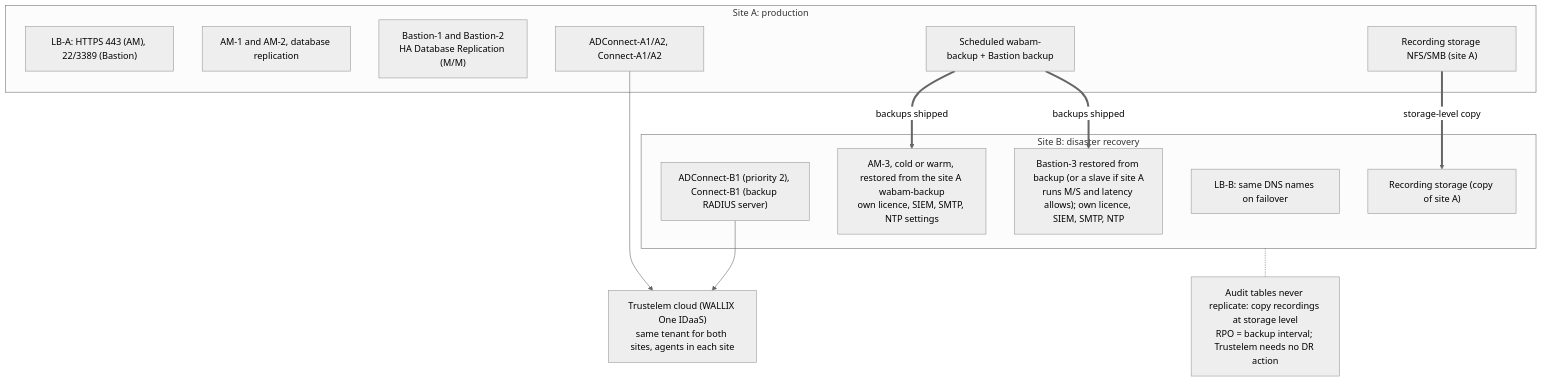
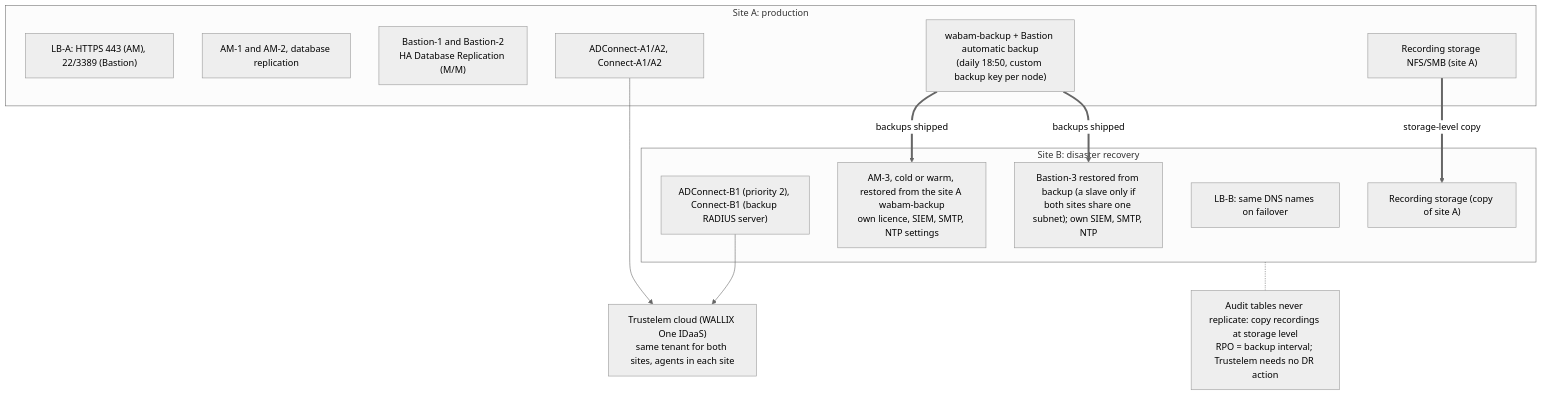
Before and after one commit to morandeirachema/Trustelem-: the diagram in tools/diagrams/07-dr-topology.mmd, drawn with Mermaid (neutral theme). The commit also changed 22 other files, not shown here.

Commit message:
Review against Bastion 12.4.3 and Access Manager 6.0.5 customer guides: runbooks rewritten, SIEM reference, gaps closed

```diff
--- a/tools/diagrams/07-dr-topology.mmd
+++ b/tools/diagrams/07-dr-topology.mmd
@@ -1,24 +1,24 @@
 flowchart TB
     CLOUD["Trustelem cloud (WALLIX One IDaaS)<br/>same tenant for both sites, agents in each site"]
     subgraph A["Site A: production"]
         LBA["LB-A: HTTPS 443 (AM), 22/3389 (Bastion)"]
         AMA["AM-1 and AM-2, database replication"]
         BA["Bastion-1 and Bastion-2<br/>HA Database Replication (M/M)"]
         AGA["ADConnect-A1/A2, Connect-A1/A2"]
         STA["Recording storage NFS/SMB (site A)"]
-        BKA["Scheduled wabam-backup + Bastion backup"]
+        BKA["wabam-backup + Bastion automatic backup<br/>(daily 18:50, custom backup key per node)"]
     end
     subgraph B["Site B: disaster recovery"]
         LBB["LB-B: same DNS names on failover"]
         AMB["AM-3, cold or warm, restored from the site A wabam-backup<br/>own licence, SIEM, SMTP, NTP settings"]
-        BB["Bastion-3 restored from backup (or a slave if site A<br/>runs M/S and latency allows); own licence, SIEM, SMTP, NTP"]
+        BB["Bastion-3 restored from backup (a slave only if<br/>both sites share one subnet); own SIEM, SMTP, NTP"]
         AGB["ADConnect-B1 (priority 2), Connect-B1 (backup RADIUS server)"]
         STB["Recording storage (copy of site A)"]
     end
     AGA --> CLOUD
     AGB --> CLOUD
     BKA ==>|backups shipped| AMB
     BKA ==>|backups shipped| BB
     STA ==>|storage-level copy| STB
     NOTE["Audit tables never replicate: copy recordings at storage level<br/>RPO = backup interval; Trustelem needs no DR action"]
     B -.- NOTE
```
